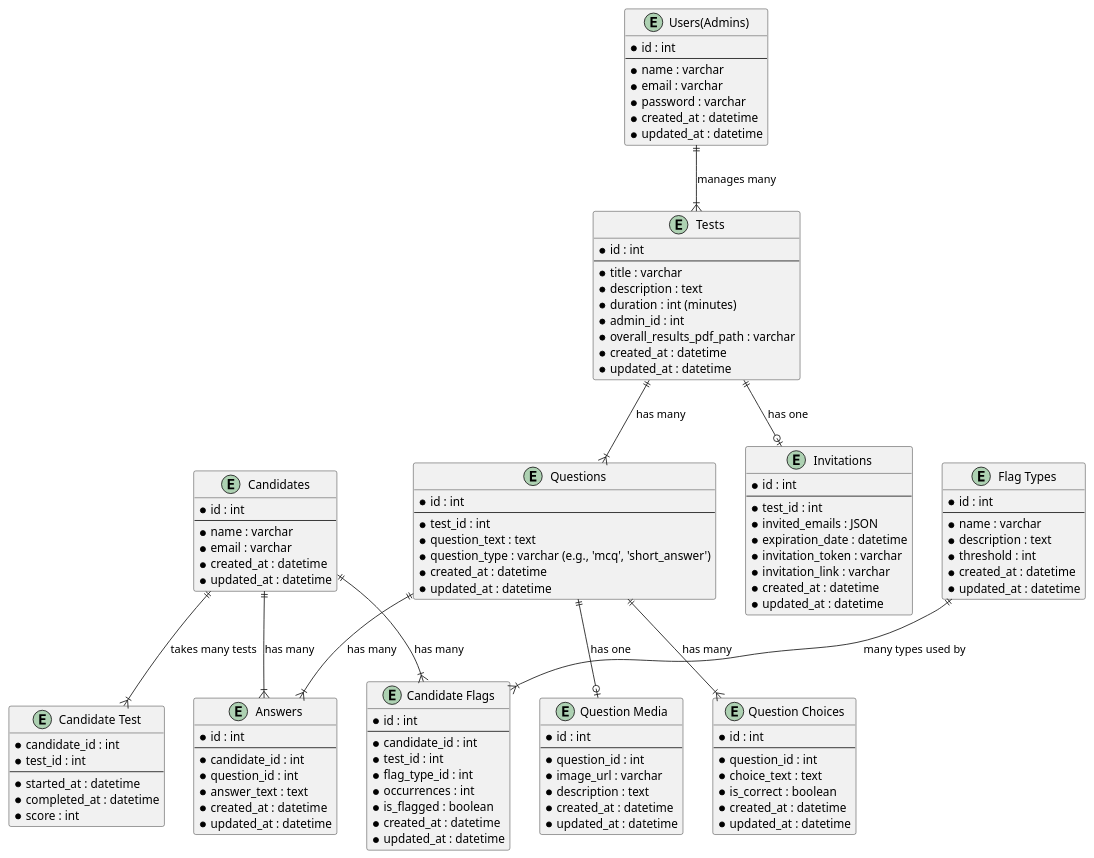
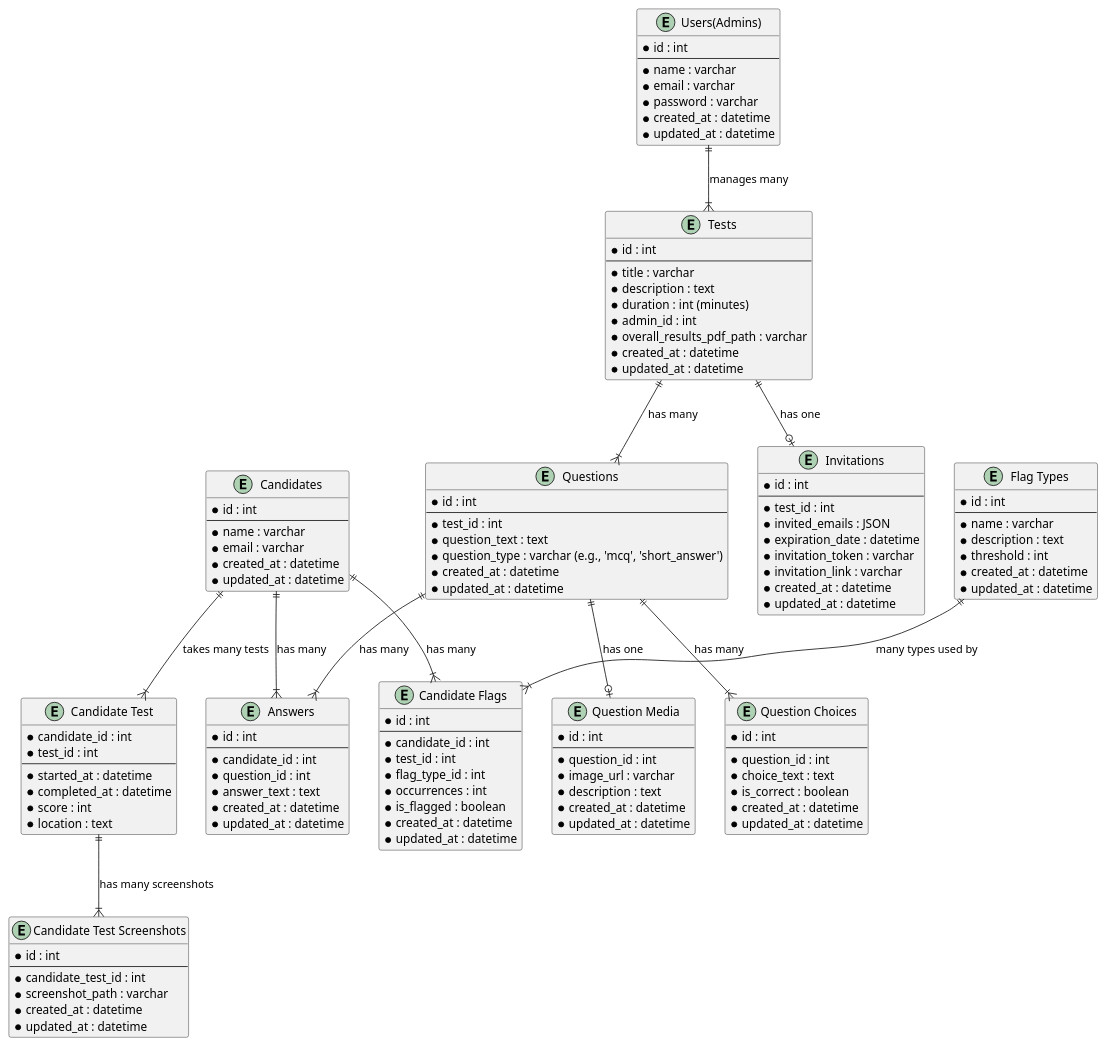
Before and after one commit to milelecars/MileleSkillSage: the diagram in storage/plantuml/db_diagram.puml, drawn with PlantUML. The commit also changed 8 other files, not shown here.

```diff
--- a/storage/plantuml/db_diagram.puml
+++ b/storage/plantuml/db_diagram.puml
@@ -1,143 +1,141 @@
 @startuml "Milele SkillSage"
+
 
 entity "Candidates" {
   * id : int
   --
   * name : varchar
   * email : varchar
   * created_at : datetime
   * updated_at : datetime
 }
 
 entity "Tests" {
   * id : int
   --
   * title : varchar
   * description : text
   * duration : int (minutes)
   * admin_id : int
   * overall_results_pdf_path : varchar
   * created_at : datetime
   * updated_at : datetime
 }
 
 entity "Candidate Test" {
   * candidate_id : int
   * test_id : int
   --
   * started_at : datetime
   * completed_at : datetime
   * score : int
+  * location : text
+}
+
+entity "Candidate Test Screenshots" {
+  * id : int
+  --
+  * candidate_test_id : int
+  * screenshot_path : varchar
+  * created_at : datetime
+  * updated_at : datetime
 }
 
 entity "Questions" {
   * id : int
   --
   * test_id : int
   * question_text : text
   * question_type : varchar (e.g., 'mcq', 'short_answer')
   * created_at : datetime
   * updated_at : datetime
 }
 
 entity "Question Choices" {
   * id : int
   --
   * question_id : int
   * choice_text : text
   * is_correct : boolean
   * created_at : datetime
   * updated_at : datetime
 }
 
 entity "Question Media" {
   * id : int
   --
   * question_id : int
   * image_url : varchar
   * description : text
   * created_at : datetime
   * updated_at : datetime
 }
 
 entity "Answers" {
   * id : int
   --
   * candidate_id : int
   * question_id : int
   * answer_text : text
   * created_at : datetime
   * updated_at : datetime
 }
 
 entity "Users(Admins)" {
   * id : int
   --
   * name : varchar
   * email : varchar
   * password : varchar  
   * created_at : datetime
   * updated_at : datetime
 }
 
 entity "Flag Types" {
   * id : int
   --
   * name : varchar
   * description : text
   * threshold : int
   * created_at : datetime
   * updated_at : datetime
 }
 
 entity "Candidate Flags" {
   * id : int
   --
   * candidate_id : int
   * test_id : int
   * flag_type_id : int
   * occurrences : int
   * is_flagged : boolean
   * created_at : datetime
   * updated_at : datetime
 }
 
 entity "Invitations" {
   * id : int
   --
   * test_id : int
   * invited_emails : JSON
   * expiration_date : datetime
   * invitation_token : varchar
   * invitation_link : varchar
-  * created_at : datetime
+  * created_at : datetime 
   * updated_at : datetime
 }
 
-' entity "Reports" {
-'   * id : int
-'   --
-'   * candidate_id : int
-'   * test_id : int
-'   * score : int
-'   * pdf_path: varchar
-'   * completion_status : varchar
-'   * date_completed : datetime
-'   * created_at : datetime
-'   * updated_at : datetime
-' }
-
 ' Relationships
-' "Candidates" ||--|{ "Reports" : has many
 "Candidates" ||--|{ "Answers" : has many
 "Candidates" ||--|{ "Candidate Flags" : has many
 "Candidates" ||--|{ "Candidate Test" : takes many tests
 "Tests" ||--|{ "Questions" : has many
 "Tests" ||--o| "Invitations" : has one
 "Questions" ||--|{ "Question Choices" : has many
 "Questions" ||--o| "Question Media" : has one
 "Questions" ||--|{ "Answers" : has many  
 "Flag Types" ||--|{ "Candidate Flags" : many types used by
 "Users(Admins)" ||--|{ "Tests" : manages many
+"Candidate Test" ||--|{ "Candidate Test Screenshots" : "has many screenshots"
 
 @enduml
```
